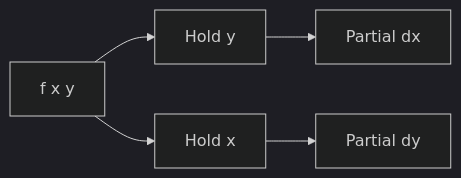
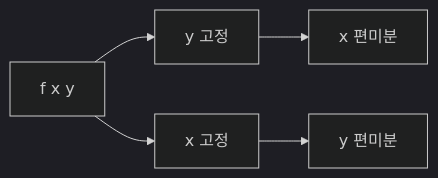
Before and after one commit to yeongseon-books/book-content: the diagram in content/calculus-for-ml-101/ko/03-partial-derivatives.md, drawn with Mermaid (dark theme). The commit also changed other lines of this file and 6 other files, not shown here.

````diff
--- a/content/calculus-for-ml-101/ko/03-partial-derivatives.md
+++ b/content/calculus-for-ml-101/ko/03-partial-derivatives.md
@@ -33,7 +49,7 @@
 ```mermaid
 flowchart LR
-    F[f x y] --> A[Hold y]
-    A --> X[Partial dx]
-    F --> B[Hold x]
-    B --> Y[Partial dy]
+    F[f x y] --> A[y 고정]
+    A --> X[x 편미분]
+    F --> B[x 고정]
+    B --> Y[y 편미분]
 ```
````
